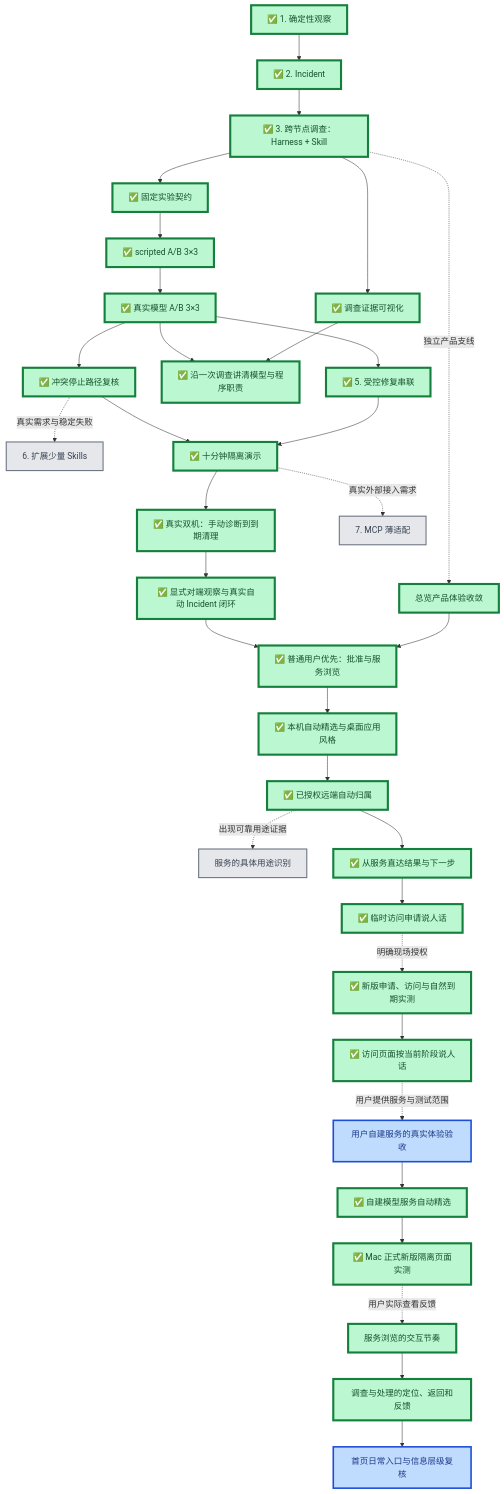
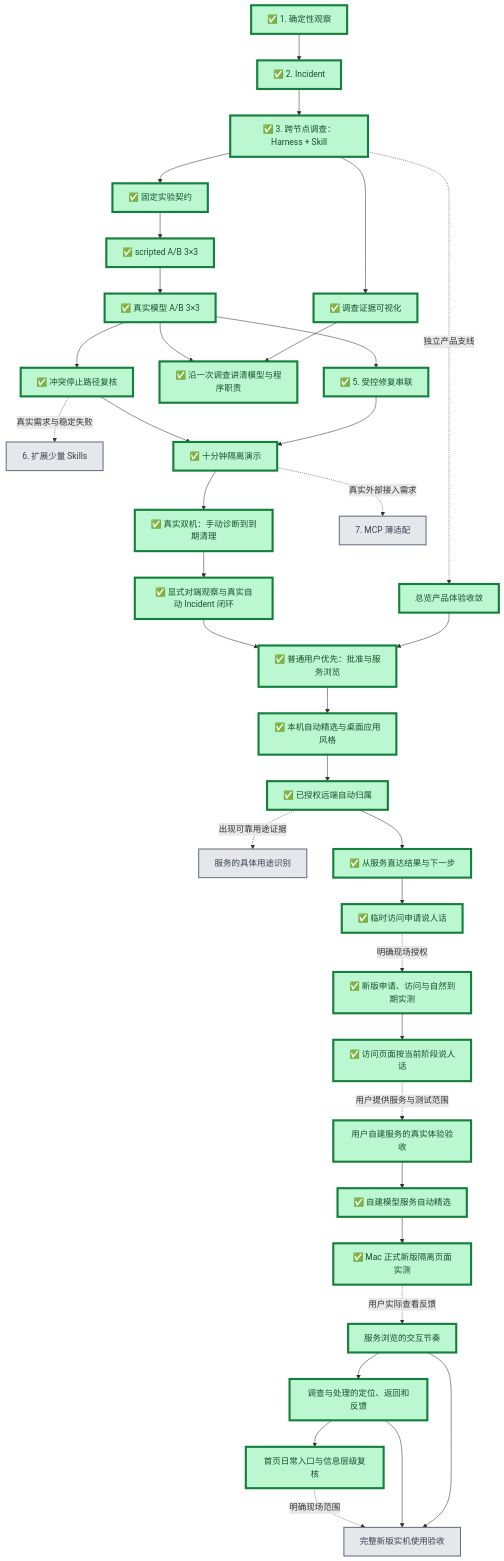
One commit to Sugarfarmeriod/TunnelMinion changed the first of 2 diagrams in docs/project/roadmap.md. Above: the diagram before and after it, drawn with Mermaid. The commit also changed other lines of this file and 11 other files, not shown here.

````diff
--- a/docs/project/roadmap.md
+++ b/docs/project/roadmap.md
@@ -8,62 +8,66 @@
 ```mermaid
 flowchart TB
     A["✅ 1. 确定性观察"] --> B["✅ 2. Incident"]
     B --> C["✅ 3. 跨节点调查：Harness + Skill"]
 
     C --> D1["✅ 固定实验契约"]
     D1 --> D2["✅ scripted A/B 3×3"]
     D2 --> D3["✅ 真实模型 A/B 3×3"]
 
     D3 --> E["✅ 5. 受控修复串联"]
     C --> V["✅ 调查证据可视化"]
     V --> W["✅ 沿一次调查讲清模型与程序职责"]
     D3 --> W
     D3 --> F["✅ 冲突停止路径复核"]
     F -.真实需求与稳定失败.-> K["6. 扩展少量 Skills"]
     E --> H["✅ 十分钟隔离演示"]
     F --> H
     H --> R["✅ 真实双机：手动诊断到到期清理"]
     R --> I["✅ 显式对端观察与真实自动 Incident 闭环"]
     H -.真实外部接入需求.-> G["7. MCP 薄适配"]
 
     C -.独立产品支线.-> U["总览产品体验收敛"]
     U --> P["✅ 普通用户优先：批准与服务浏览"]
     I --> P
     P --> Q["✅ 本机自动精选与桌面应用风格"]
     Q --> Q2["✅ 已授权远端自动归属"]
     Q2 -.出现可靠用途证据.-> Q3["服务的具体用途识别"]
     Q2 --> Q4["✅ 从服务直达结果与下一步"]
     Q4 --> Q5["✅ 临时访问申请说人话"]
     Q5 -.明确现场授权.-> Q6["✅ 新版申请、访问与自然到期实测"]
     Q6 --> Q7["✅ 访问页面按当前阶段说人话"]
     Q7 -.用户提供服务与测试范围.-> Q8["用户自建服务的真实体验验收"]
     Q8 --> Q9["✅ 自建模型服务自动精选"]
     Q9 --> Q10["✅ Mac 正式新版隔离页面实测"]
     Q10 -.用户实际查看反馈.-> Q11["服务浏览的交互节奏"]
     Q11 --> Q12["调查与处理的定位、返回和反馈"]
     Q12 --> Q13["首页日常入口与信息层级复核"]
+    Q11 --> Q14["完整新版实机使用验收"]
+    Q12 --> Q14
+    Q13 -.明确现场范围.-> Q14
 
     classDef done fill:#bbf7d0,stroke:#15803d,stroke-width:4px,color:#14532d;
     classDef current fill:#fde68a,stroke:#b45309,stroke-width:5px,color:#78350f;
     classDef next fill:#bfdbfe,stroke:#1d4ed8,stroke-width:3px,color:#1e3a8a;
     classDef later fill:#e5e7eb,stroke:#6b7280,stroke-width:2px,color:#374151;
     class A,B,C,D1,D2,D3,E,F,H,R,V done;
     class U done;
     class W done;
     class I done;
     class G,K later;
     class P done;
     class Q done;
     class Q2 done;
     class Q3 later;
     class Q4 done;
     class Q5 done;
     class Q6 done;
     class Q7 done;
-    class Q8 next;
+    class Q8 done;
     class Q9 done;
     class Q10 done;
     class Q11 done;
     class Q12 done;
-    class Q13 next;
+    class Q13 done;
+    class Q14 later;
 ```
````
